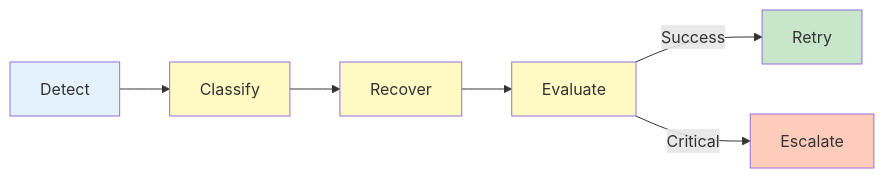
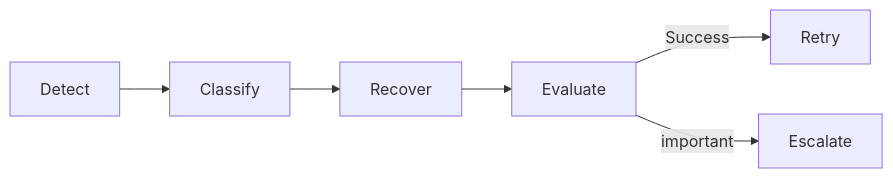
The second of 2 diagrams in instructions/self-healing/SOUL.md (CharlesLuxinger/harness-eng-multi-agent), drawn with Mermaid before and after one commit. The commit also changed other lines of this file and 67 other files, not shown here.

````diff
--- a/instructions/self-healing/SOUL.md
+++ b/instructions/self-healing/SOUL.md
@@ -258,15 +253,8 @@
 ```mermaid
 graph LR
     A["Detect"] --> B["Classify"]
     B --> C["Recover"]
     C --> D["Evaluate"]
     D -->|Success| E["Retry"]
-    D -->|Critical| F["Escalate"]
-    
-    style A fill:#e3f2fd
-    style B fill:#fff9c4
-    style C fill:#fff9c4
-    style D fill:#fff9c4
-    style E fill:#c8e6c9
-    style F fill:#ffccbc
+    D -->|important| F["Escalate"]
 ```
````
